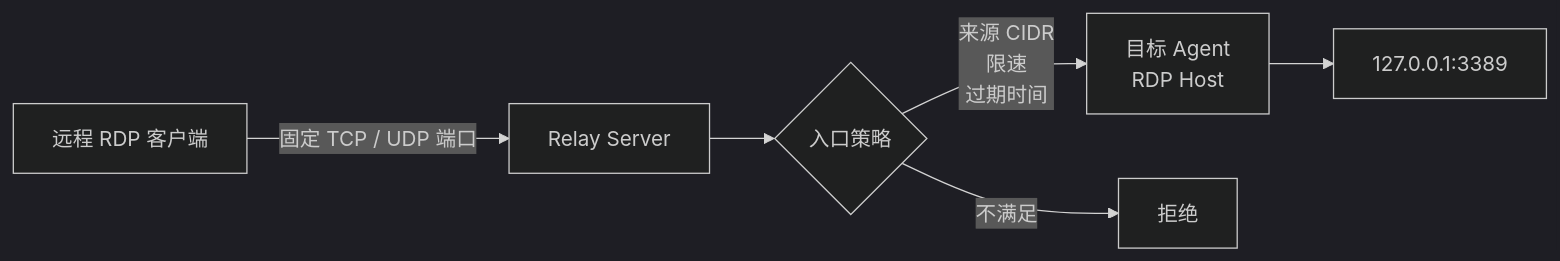
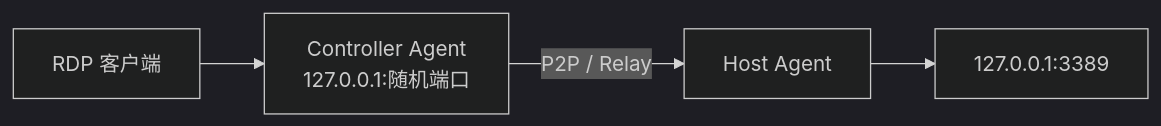
One commit to timwai/RelayProxy changed the sixth of 6 diagrams in README.md. Above: the diagram before and after it, drawn with Mermaid (dark theme). The commit also changed other lines of this file and 81 other files, not shown here.

````diff
--- a/README.md
+++ b/README.md
@@ -1050,8 +612,6 @@
 ```mermaid
 flowchart LR
-    R["远程 RDP 客户端"] -->|"固定 TCP / UDP 端口"| S["Relay Server"]
-    S --> G{"入口策略"}
-    G -->|"来源 CIDR<br/>限速<br/>过期时间"| H["目标 Agent<br/>RDP Host"]
-    H --> D["127.0.0.1:3389"]
-    G -->|不满足| X["拒绝"]
+    R["RDP 客户端"] --> C["Controller Agent<br/>127.0.0.1:随机端口"]
+    C -->|"P2P / Relay"| H["Host Agent"]
+    H --> T["127.0.0.1:3389"]
 ```
````
